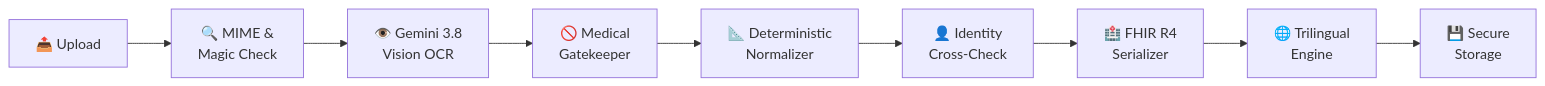
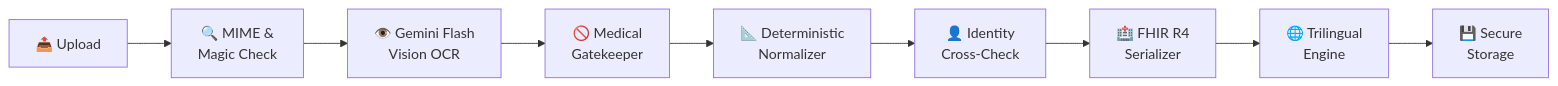
One commit to Amith-Gupta/Personal-Health-Copilot changed the fourth of 6 diagrams in README.md. Above: the diagram before and after it, drawn with Mermaid. The commit also changed other lines of this file and 2 other files, not shown here.

````diff
--- a/README.md
+++ b/README.md
@@ -223,11 +223,11 @@
 ```mermaid
 flowchart LR
     Upload["📤 Upload"] --> Validate["🔍 MIME &<br/>Magic Check"]
-    Validate --> OCR["👁️ Gemini 3.8<br/>Vision OCR"]
+    Validate --> OCR["👁️ Gemini Flash<br/>Vision OCR"]
     OCR --> Gate["🚫 Medical<br/>Gatekeeper"]
     Gate --> Norm["📐 Deterministic<br/>Normalizer"]
     Norm --> ID["👤 Identity<br/>Cross-Check"]
     ID --> FHIR["🏥 FHIR R4<br/>Serializer"]
     FHIR --> Lang["🌐 Trilingual<br/>Engine"]
     Lang --> Store["💾 Secure<br/>Storage"]
 ```
````
